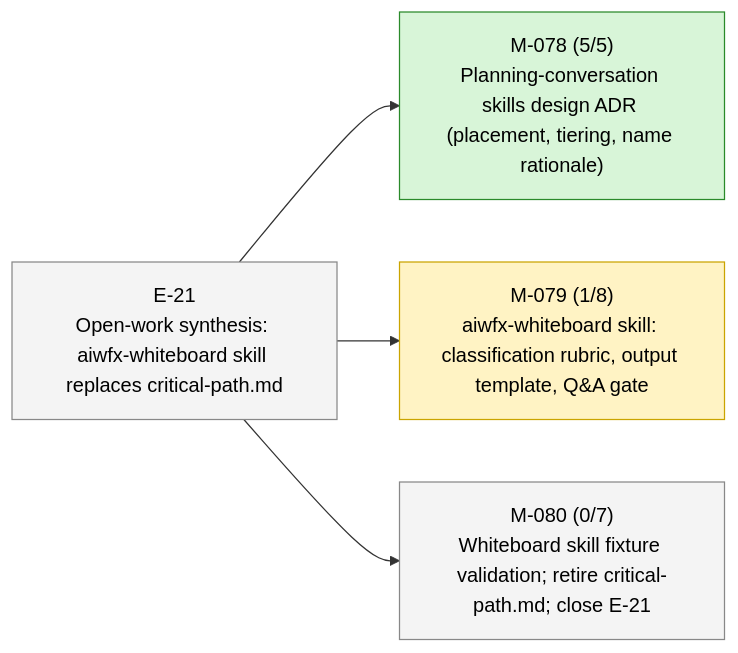
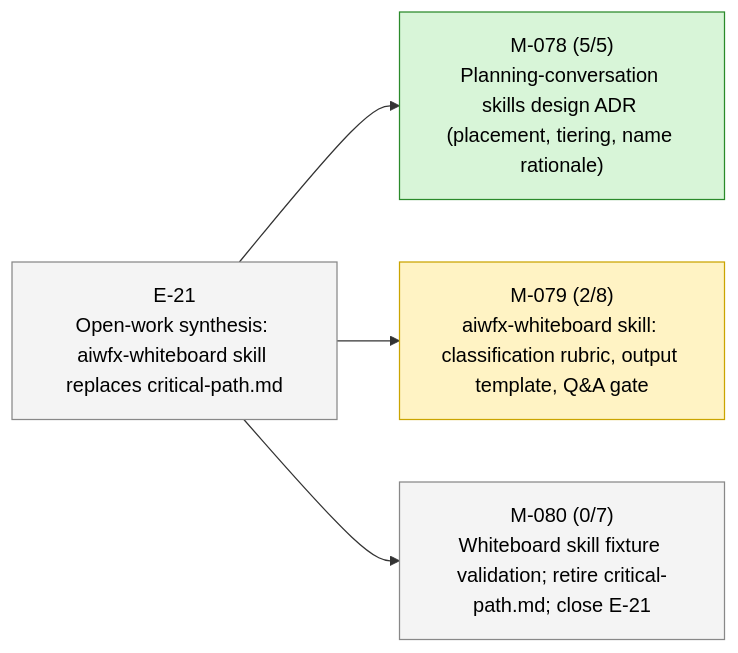
Before and after one commit to 23min/aiwf: the second of 2 diagrams in STATUS.md, drawn with Mermaid. The commit also changed other lines of this file and 1 other file, not shown here.

````diff
--- a/STATUS.md
+++ b/STATUS.md
@@ -47,16 +47,16 @@
 ```mermaid
 flowchart LR
   E_21["E-21<br/>Open-work synthesis: aiwfx-whiteboard skill replaces critical-path.md"]:::epic_proposed
   M_078["M-078 (5/5)<br/>Planning-conversation skills design ADR (placement, tiering, name rationale)"]:::ms_done
   E_21 --> M_078
-  M_079["M-079 (1/8)<br/>aiwfx-whiteboard skill: classification rubric, output template, Q&A gate"]:::ms_in_progress
+  M_079["M-079 (2/8)<br/>aiwfx-whiteboard skill: classification rubric, output template, Q&A gate"]:::ms_in_progress
   E_21 --> M_079
   M_080["M-080 (0/7)<br/>Whiteboard skill fixture validation; retire critical-path.md; close E-21"]:::ms_draft
   E_21 --> M_080
   classDef epic_active fill:#d6eaff,stroke:#1a73e8,color:#000
   classDef epic_proposed fill:#f4f4f4,stroke:#888,color:#000
   classDef ms_done fill:#d8f5d8,stroke:#2a8a2a,color:#000
   classDef ms_in_progress fill:#fff3c4,stroke:#caa400,color:#000
   classDef ms_draft fill:#f4f4f4,stroke:#888,color:#000
   classDef ms_cancelled fill:#fbeaea,stroke:#c33,color:#000
 ```
````
